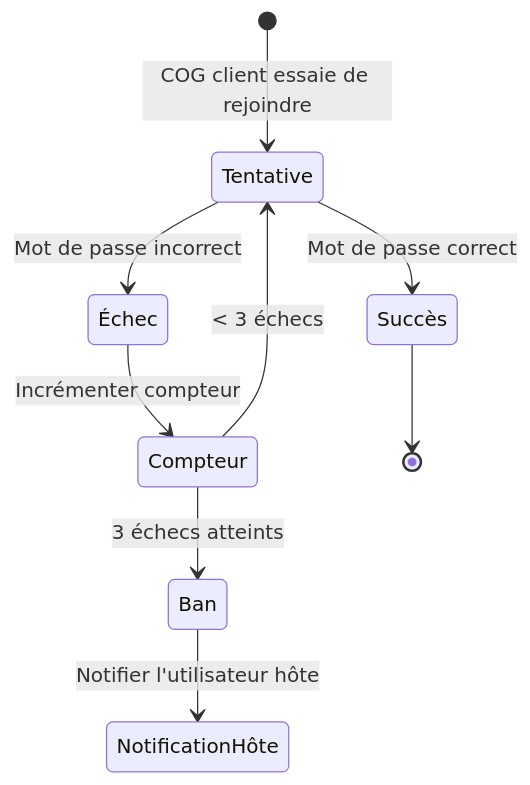
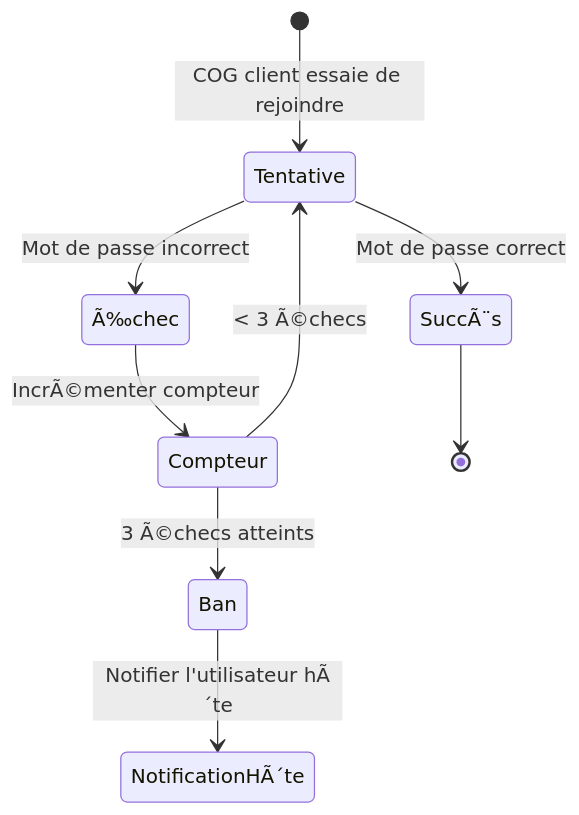
One commit to StudioMiyukini/miyukini_cog changed the second of 5 diagrams in docs/miyukini-webway-system/lobbys/MWS - Lobbys Favoris et Amis.md. Above: the diagram before and after it, drawn with Mermaid. The commit also changed other lines of this file and 1287 other files, not shown here.

````diff
--- a/docs/miyukini-webway-system/lobbys/MWS - Lobbys Favoris et Amis.md
+++ b/docs/miyukini-webway-system/lobbys/MWS - Lobbys Favoris et Amis.md
@@ -85,11 +85,11 @@
 ```mermaid
 stateDiagram-v2
     [*] --> Tentative: COG client essaie de rejoindre
-    Tentative --> Échec: Mot de passe incorrect
-    Échec --> Compteur: Incrémenter compteur
-    Compteur --> Tentative: < 3 échecs
-    Compteur --> Ban: 3 échecs atteints
-    Ban --> NotificationHôte: Notifier l'utilisateur hôte
-    Tentative --> Succès: Mot de passe correct
-    Succès --> [*]
+    Tentative --> Ã‰chec: Mot de passe incorrect
+    Ã‰chec --> Compteur: IncrÃ©menter compteur
+    Compteur --> Tentative: < 3 Ã©checs
+    Compteur --> Ban: 3 Ã©checs atteints
+    Ban --> NotificationHÃ´te: Notifier l'utilisateur hÃ´te
+    Tentative --> SuccÃ¨s: Mot de passe correct
+    SuccÃ¨s --> [*]
 ```
````
